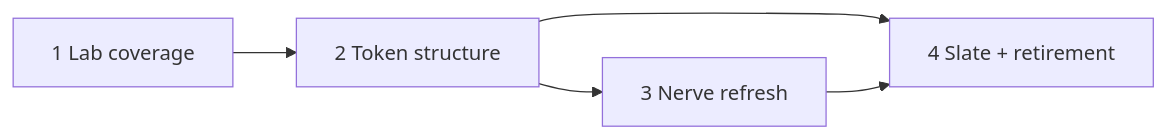
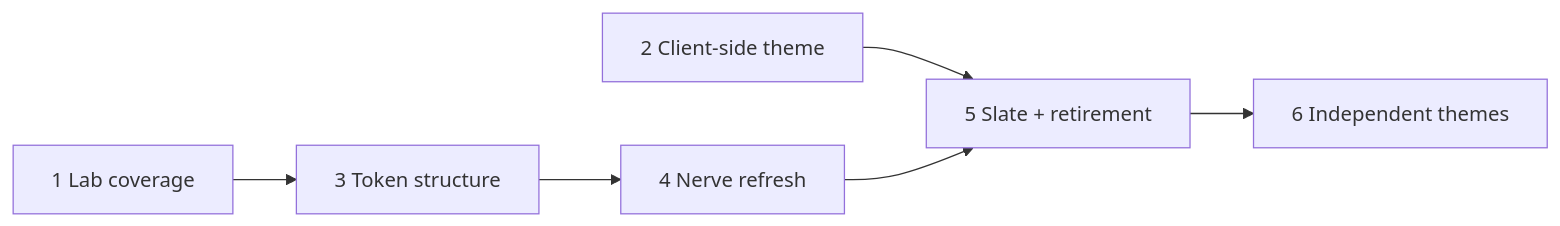
One commit to ThilinaTLM/nerve changed the diagram in docs/proposals/theme-and-design-tokens.md. Above: the diagram before and after it, drawn with Mermaid. The commit also changed other lines of this file and 93 other files, not shown here.

First line of the commit message:
Independent colour-only themes, client-side theme preference, and design token cleanup (#493)

````diff
--- a/docs/proposals/theme-and-design-tokens.md
+++ b/docs/proposals/theme-and-design-tokens.md
@@ -211,7 +334,8 @@
 ```mermaid
 flowchart LR
-  A[1 Lab coverage] --> B[2 Token structure]
-  B --> C[3 Nerve refresh]
-  B --> D[4 Slate + retirement]
-  C --> D
+  A[1 Lab coverage] --> C[3 Token structure]
+  B[2 Client-side theme] --> E[5 Slate + retirement]
+  C --> D[4 Nerve refresh]
+  D --> E
+  E --> F[6 Independent themes]
 ```
````
